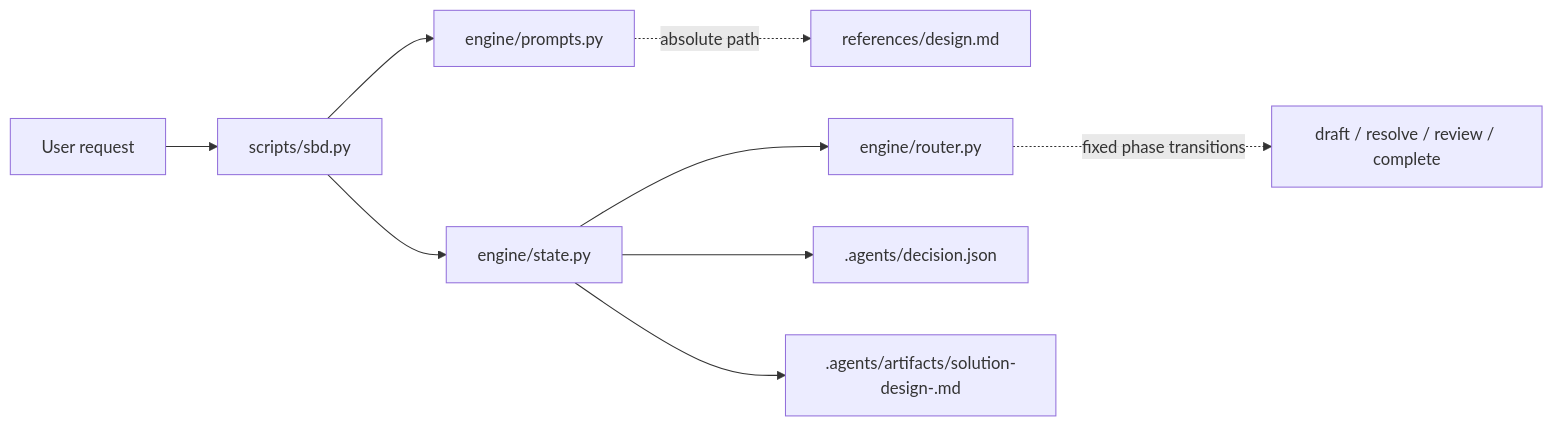
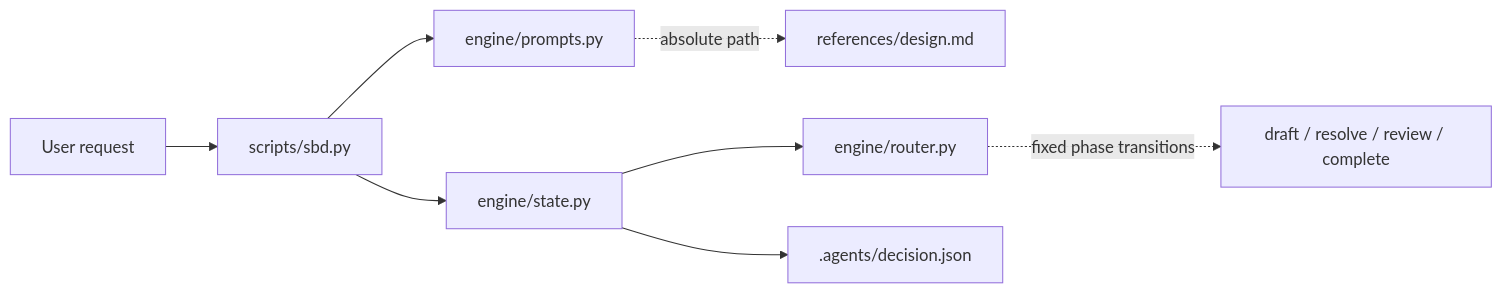
Before and after one commit to sij0sh/simple-by-design: the diagram in docs/architecture.md, drawn with Mermaid. The commit also changed other lines of this file and 10 other files, not shown here.

````diff
--- a/docs/architecture.md
+++ b/docs/architecture.md
@@ -7,11 +7,10 @@
 ```mermaid
 flowchart LR
   U[User request] --> C["scripts/sbd.py"]
   C --> P["engine/prompts.py"]
   C --> S["engine/state.py"]
   S --> R["engine/router.py"]
   P -. absolute path .-> G["references/design.md"]
   S --> J[".agents/decision.json"]
-  S --> A[".agents/artifacts/solution-design-<ticket>.md"]
   R -. fixed phase transitions .-> T["draft / resolve / review / complete"]
 ```
````
